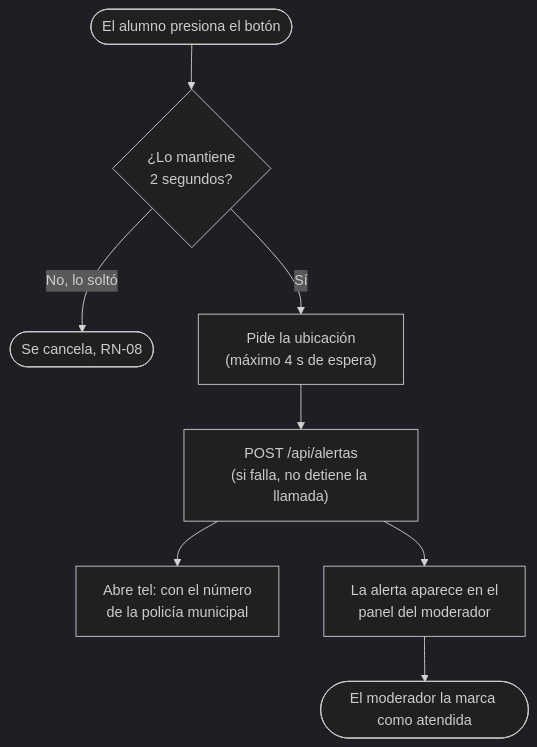
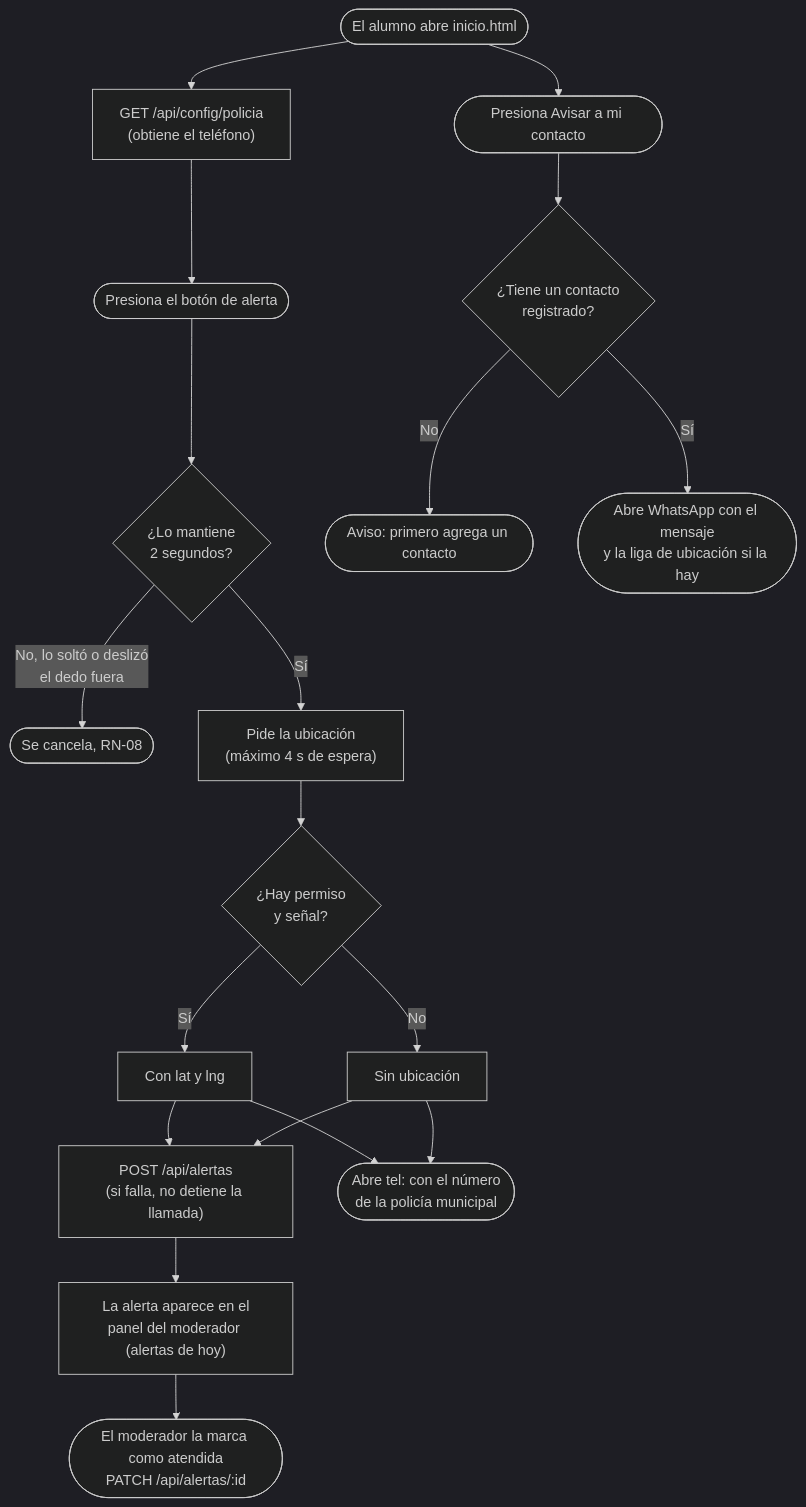
Before and after one commit to sergiodev3/app-seguridad-escolar-psql: the eighth of 10 diagrams in README.md, drawn with Mermaid (dark theme). The commit also changed other lines of this file, not shown here.

Commit message:
docs: add flow diagrams for reporting, moderation, alert button and joining groups

````diff
--- a/README.md
+++ b/README.md
@@ -281,10 +337,20 @@
 ```mermaid
 flowchart TD
-    I([El alumno presiona el botón]) --> T{¿Lo mantiene<br/>2 segundos?}
-    T -- "No, lo soltó" --> X([Se cancela, RN-08])
+    I([El alumno abre inicio.html]) --> TEL["GET /api/config/policia<br/>(obtiene el teléfono)"]
+    TEL --> B([Presiona el botón de alerta])
+    B --> T{"¿Lo mantiene<br/>2 segundos?"}
+    T -- "No, lo soltó o deslizó<br/>el dedo fuera" --> X([Se cancela, RN-08])
     T -- Sí --> U["Pide la ubicación<br/>(máximo 4 s de espera)"]
-    U --> P["POST /api/alertas<br/>(si falla, no detiene la llamada)"]
-    P --> L["Abre tel: con el número<br/>de la policía municipal"]
-    P --> MOD["La alerta aparece en el<br/>panel del moderador"]
-    MOD --> AT([El moderador la marca como atendida])
+    U --> UB{¿Hay permiso<br/>y señal?}
+    UB -- Sí --> CON["Con lat y lng"]
+    UB -- No --> SIN["Sin ubicación"]
+    CON & SIN --> P["POST /api/alertas<br/>(si falla, no detiene la llamada)"]
+    CON & SIN --> L(["Abre tel: con el número<br/>de la policía municipal"])
+    P --> MOD["La alerta aparece en el<br/>panel del moderador (alertas de hoy)"]
+    MOD --> AT(["El moderador la marca como atendida<br/>PATCH /api/alertas/:id"])
+
+    I --> W([Presiona Avisar a mi contacto])
+    W --> C{¿Tiene un contacto<br/>registrado?}
+    C -- No --> AV(["Aviso: primero agrega un contacto"])
+    C -- Sí --> WA(["Abre WhatsApp con el mensaje<br/>y la liga de ubicación si la hay"])
 ```
````
